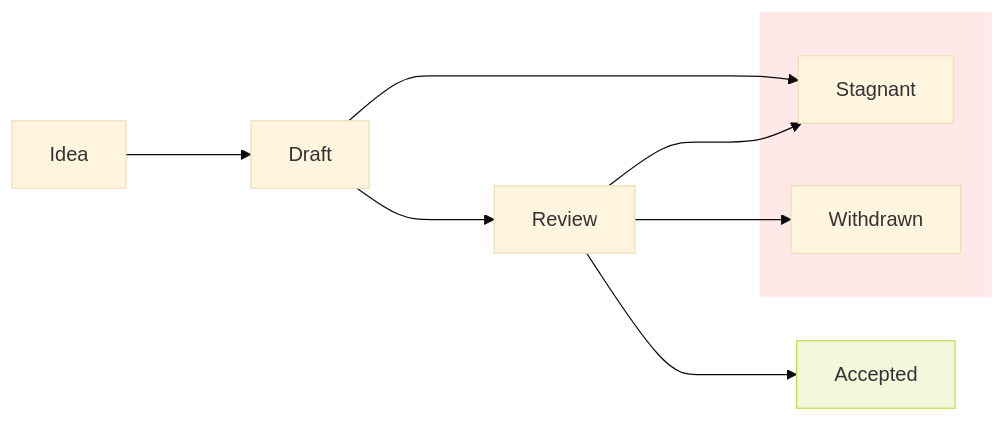
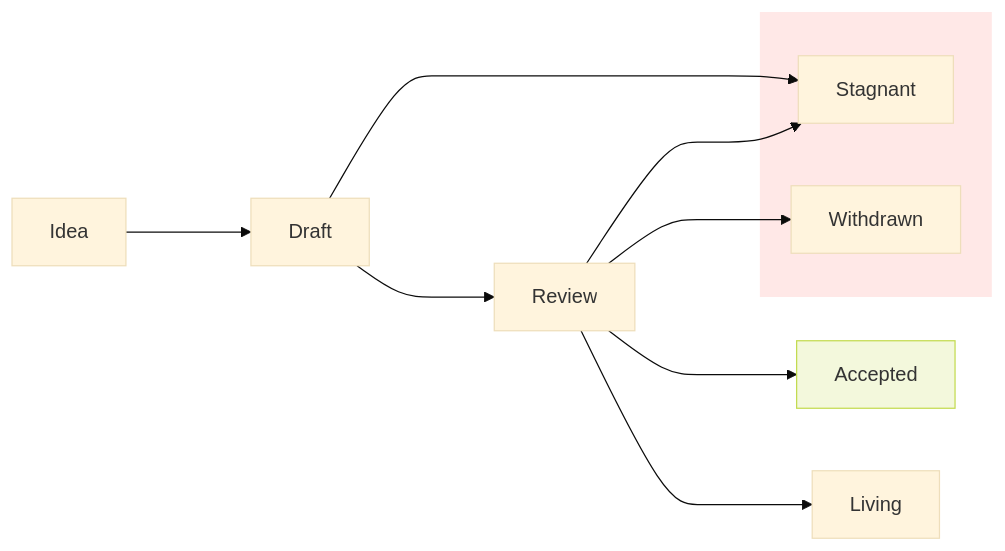
One commit to solana-foundation/solana-improvement-documents changed the diagram in proposals/0001-simd-process.md. Above: the diagram before and after it, drawn with Mermaid (base theme). The commit also changed other lines of this file, not shown here.

Commit message:
add: living status

````diff
--- a/proposals/0001-simd-process.md
+++ b/proposals/0001-simd-process.md
@@ -86,23 +87,24 @@
 ```mermaid
 flowchart LR
   Idea
   Draft
   Review
   Accepted
 
   subgraph fail[&nbsp];
     Stagnant
     Withdrawn
   end
 
   style fail fill:#ffe8e7,stroke:none
   style Accepted fill:#f3f8dc,stroke:#c3db50;
 
   Idea ---> Draft;
   Draft ---> Review;
   Review ---> Accepted;
+  Review ---> Living;
 
   Draft ---> Stagnant;
   Review ---> Stagnant;
   Review ---> Withdrawn;
 ```
````
